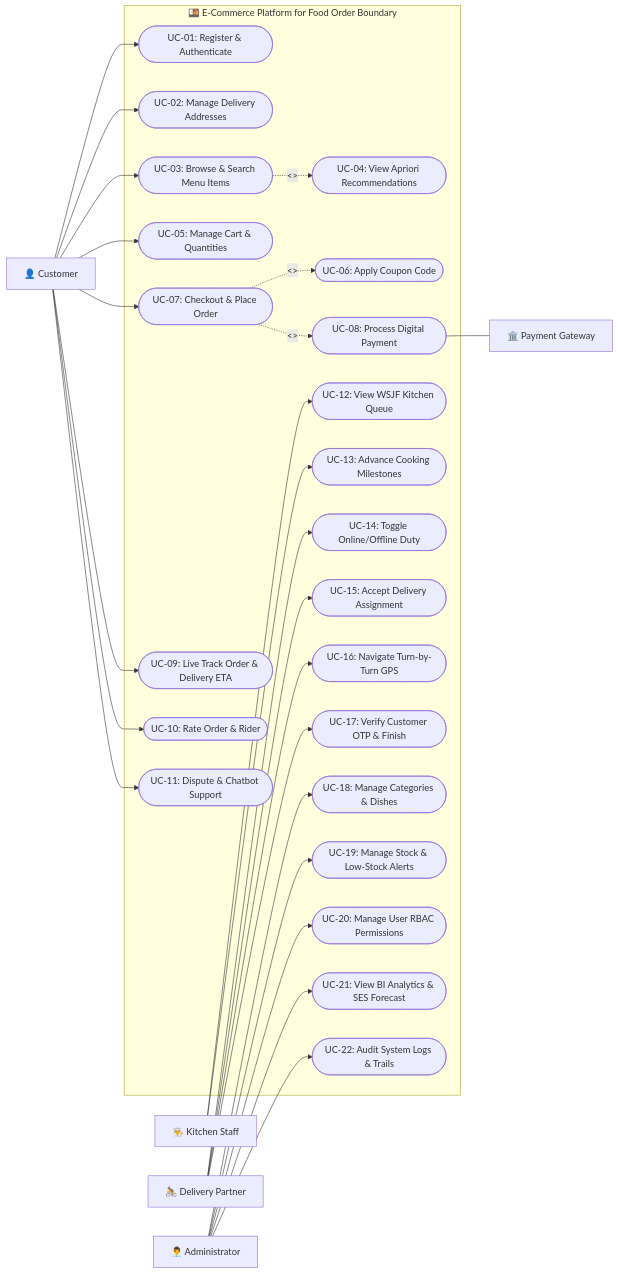
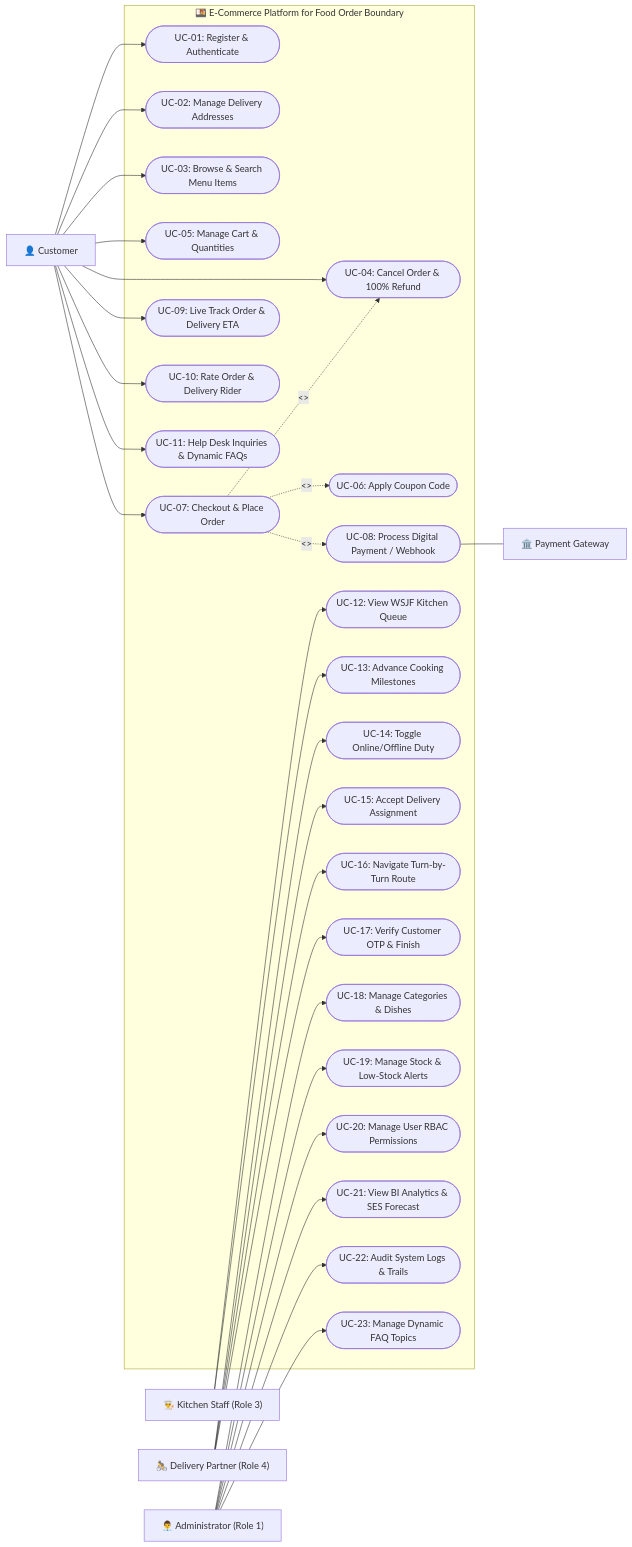
Before and after one commit to athulskrish/pooja_project: the ninth of 16 diagrams in docs/SYSTEM_ANALYSIS_AND_DESIGN.md, drawn with Mermaid. The commit also changed other lines of this file and 18 other files, not shown here.

````diff
--- a/docs/SYSTEM_ANALYSIS_AND_DESIGN.md
+++ b/docs/SYSTEM_ANALYSIS_AND_DESIGN.md
@@ -218,74 +364,77 @@
 ```mermaid
 flowchart LR
     %% Actors
     Customer["👤 Customer"]
-    Admin["👨‍💼 Administrator"]
-    Kitchen["👨‍🍳 Kitchen Staff"]
-    Rider["🚴 Delivery Partner"]
+    Admin["👨‍💼 Administrator (Role 1)"]
+    Kitchen["👨‍🍳 Kitchen Staff (Role 3)"]
+    Rider["🚴 Delivery Partner (Role 4)"]
     PaymentSystem["🏛️ Payment Gateway"]
 
-    %% Use Cases - Customer
+    %% Use Cases Boundary
     subgraph Boundary["🍱 E-Commerce Platform for Food Order Boundary"]
         UC1(["UC-01: Register & Authenticate"])
         UC2(["UC-02: Manage Delivery Addresses"])
         UC3(["UC-03: Browse & Search Menu Items"])
-        UC4(["UC-04: View Apriori Recommendations"])
+        UC4(["UC-04: Cancel Order & 100% Refund"])
         UC5(["UC-05: Manage Cart & Quantities"])
         UC6(["UC-06: Apply Coupon Code"])
         UC7(["UC-07: Checkout & Place Order"])
-        UC8(["UC-08: Process Digital Payment"])
+        UC8(["UC-08: Process Digital Payment / Webhook"])
         UC9(["UC-09: Live Track Order & Delivery ETA"])
-        UC10(["UC-10: Rate Order & Rider"])
-        UC11(["UC-11: Dispute & Chatbot Support"])
+        UC10(["UC-10: Rate Order & Delivery Rider"])
+        UC11(["UC-11: Help Desk Inquiries & Dynamic FAQs"])
 
-        %% Use Cases - Kitchen Staff
+        %% Kitchen Use Cases
         UC12(["UC-12: View WSJF Kitchen Queue"])
         UC13(["UC-13: Advance Cooking Milestones"])
 
-        %% Use Cases - Delivery Partner
+        %% Delivery Rider Use Cases
         UC14(["UC-14: Toggle Online/Offline Duty"])
         UC15(["UC-15: Accept Delivery Assignment"])
-        UC16(["UC-16: Navigate Turn-by-Turn GPS"])
+        UC16(["UC-16: Navigate Turn-by-Turn Route"])
         UC17(["UC-17: Verify Customer OTP & Finish"])
 
-        %% Use Cases - Admin
+        %% Admin Use Cases
         UC18(["UC-18: Manage Categories & Dishes"])
         UC19(["UC-19: Manage Stock & Low-Stock Alerts"])
         UC20(["UC-20: Manage User RBAC Permissions"])
         UC21(["UC-21: View BI Analytics & SES Forecast"])
         UC22(["UC-22: Audit System Logs & Trails"])
+        UC23(["UC-23: Manage Dynamic FAQ Topics"])
     end
 
     %% Customer Connections
     Customer --> UC1
     Customer --> UC2
     Customer --> UC3
+    Customer --> UC4
     Customer --> UC5
     Customer --> UC7
     Customer --> UC9
     Customer --> UC10
     Customer --> UC11
 
-    %% <<extend>> and <<include>>
-    UC3 -.->|"<<extend>>"| UC4
+    %% Includes & Extends
+    UC7 -.->|"<<extend>>"| UC4
     UC7 -.->|"<<include>>"| UC8
     UC7 -.->|"<<extend>>"| UC6
     UC8 --- PaymentSystem
 
     %% Kitchen Connections
     Kitchen --> UC12
     Kitchen --> UC13
 
     %% Delivery Rider Connections
     Rider --> UC14
     Rider --> UC15
     Rider --> UC16
     Rider --> UC17
 
     %% Admin Connections
     Admin --> UC18
     Admin --> UC19
     Admin --> UC20
     Admin --> UC21
     Admin --> UC22
+    Admin --> UC23
 ```
````
